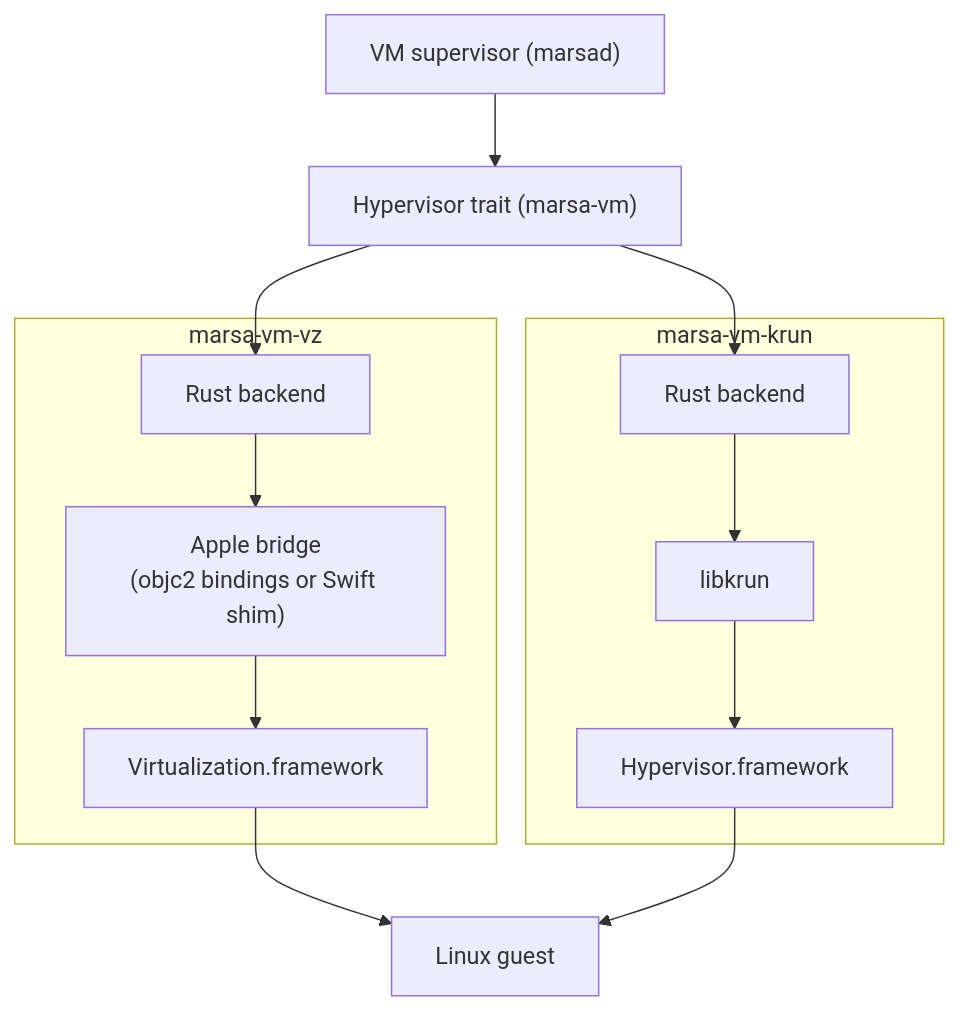
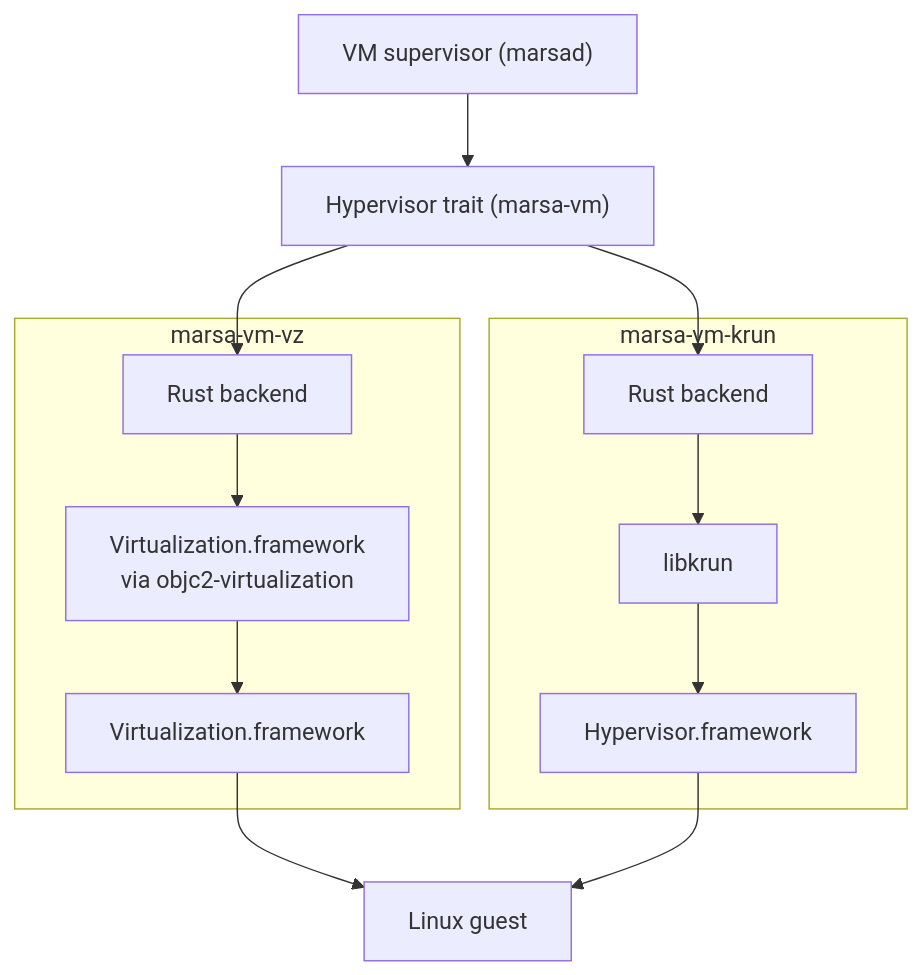
The first of 2 diagrams in docs/04-virtualization-macos.md (nasraldin/marsa), drawn with Mermaid before and after one commit. The commit also changed other lines of this file and 6 other files, not shown here.

Commit message:
M1-05: select direct Rust virtualization bindings and close the spike gates

````diff
--- a/docs/04-virtualization-macos.md
+++ b/docs/04-virtualization-macos.md
@@ -19,23 +19,23 @@
 ```mermaid
 flowchart TB
     sup["VM supervisor (marsad)"]
     tr["Hypervisor trait (marsa-vm)"]
 
     subgraph vzb["marsa-vm-vz"]
         vzrs["Rust backend"]
-        bridge["Apple bridge<br/>(objc2 bindings or Swift shim)"]
+        bridge["Virtualization.framework<br/>via objc2-virtualization"]
         vzf["Virtualization.framework"]
     end
 
     subgraph krb["marsa-vm-krun"]
         krrs["Rust backend"]
         libkrun["libkrun"]
         hvf["Hypervisor.framework"]
     end
 
     guest["Linux guest"]
 
     sup --> tr
     tr --> vzrs --> bridge --> vzf --> guest
     tr --> krrs --> libkrun --> hvf --> guest
 ```
````
